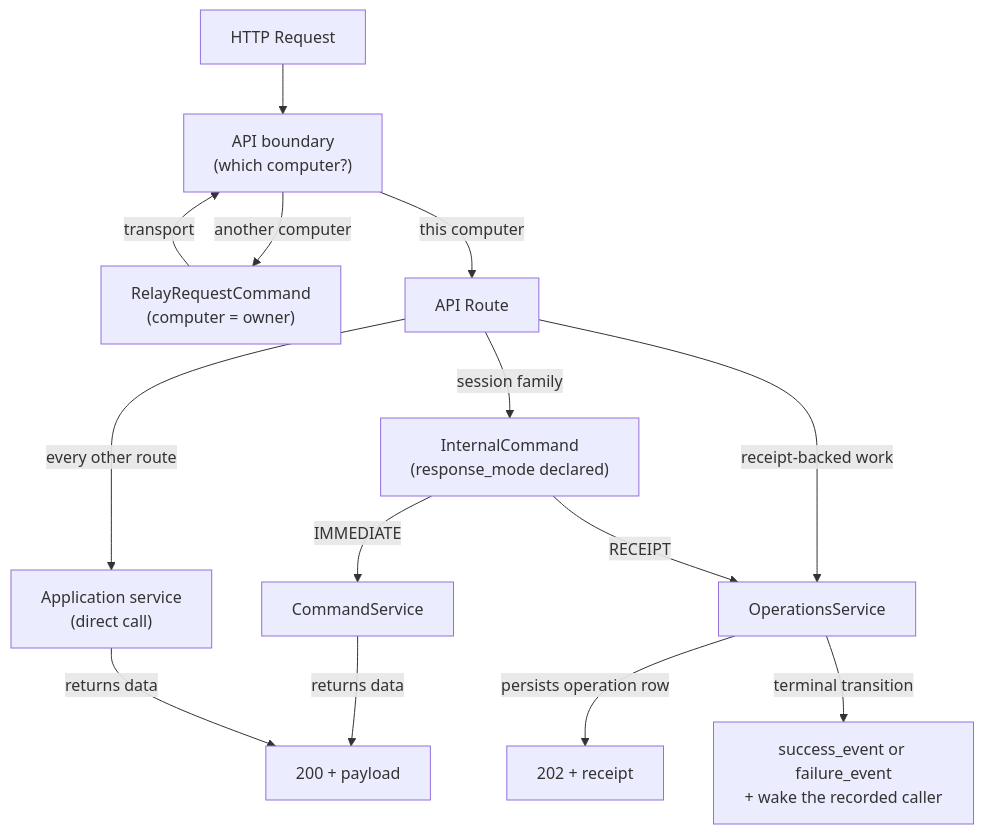
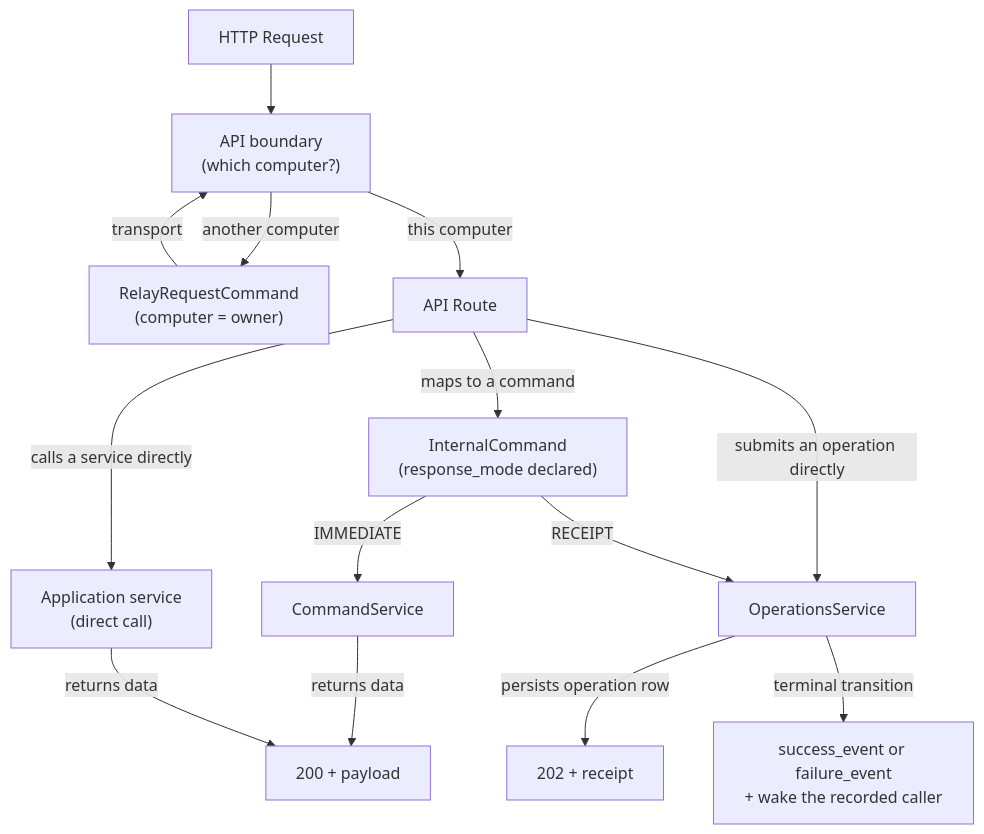
The second of 5 diagrams in docs/local/design/architecture/command-classification.md (InstruktAI/TeleClaude), drawn with Mermaid before and after one commit. The commit also changed other lines of this file and 5 other files, not shown here.

````diff
--- a/docs/local/design/architecture/command-classification.md
+++ b/docs/local/design/architecture/command-classification.md
@@ -72,26 +75,26 @@
 ```mermaid
 flowchart TD
     Request["HTTP Request"]
     Boundary["API boundary<br/>(which computer?)"]
     Relay["RelayRequestCommand<br/>(computer = owner)"]
     Router["API Route"]
     Command["InternalCommand<br/>(response_mode declared)"]
     Service["CommandService"]
     AppService["Application service<br/>(direct call)"]
     Operations["OperationsService"]
 
     Request --> Boundary
     Boundary -->|another computer| Relay
     Relay -->|transport| Boundary
     Boundary -->|this computer| Router
-    Router -->|session family| Command
-    Router -->|every other route| AppService
-    Router -->|receipt-backed work| Operations
+    Router -->|maps to a command| Command
+    Router -->|calls a service directly| AppService
+    Router -->|submits an operation directly| Operations
     Command -->|IMMEDIATE| Service
     Command -->|RECEIPT| Operations
 
     Service -->|returns data| ImmediateResp["200 + payload"]
     AppService -->|returns data| ImmediateResp
     Operations -->|persists operation row| ReceiptResp["202 + receipt"]
     Operations -->|terminal transition| Outcome["success_event or failure_event<br/>+ wake the recorded caller"]
 ```
````
